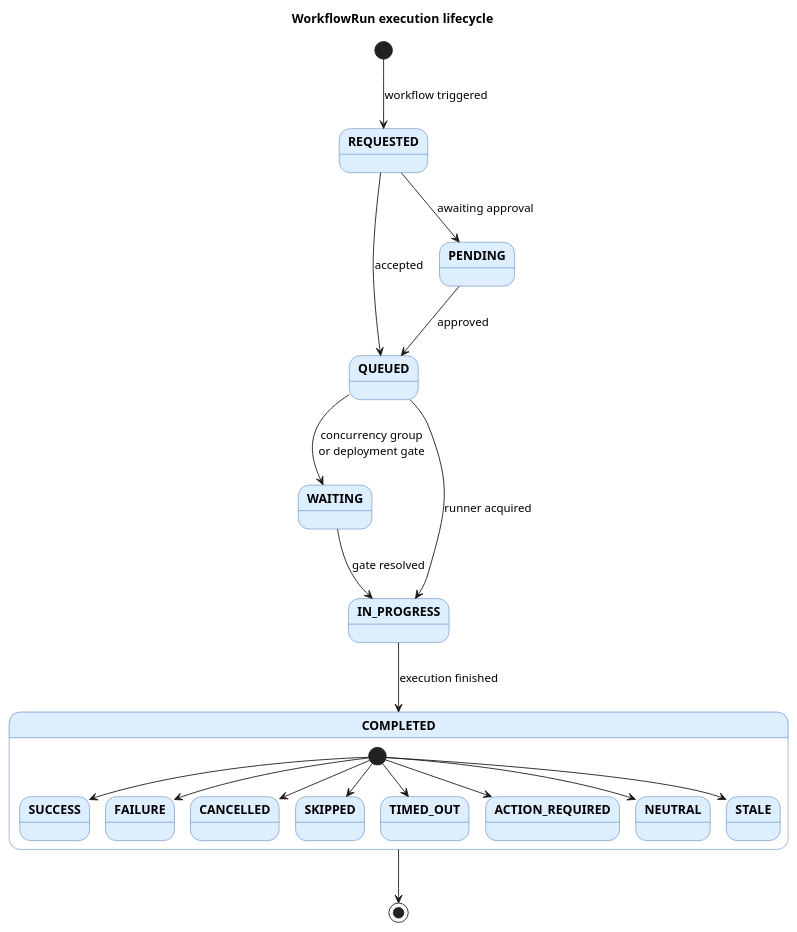
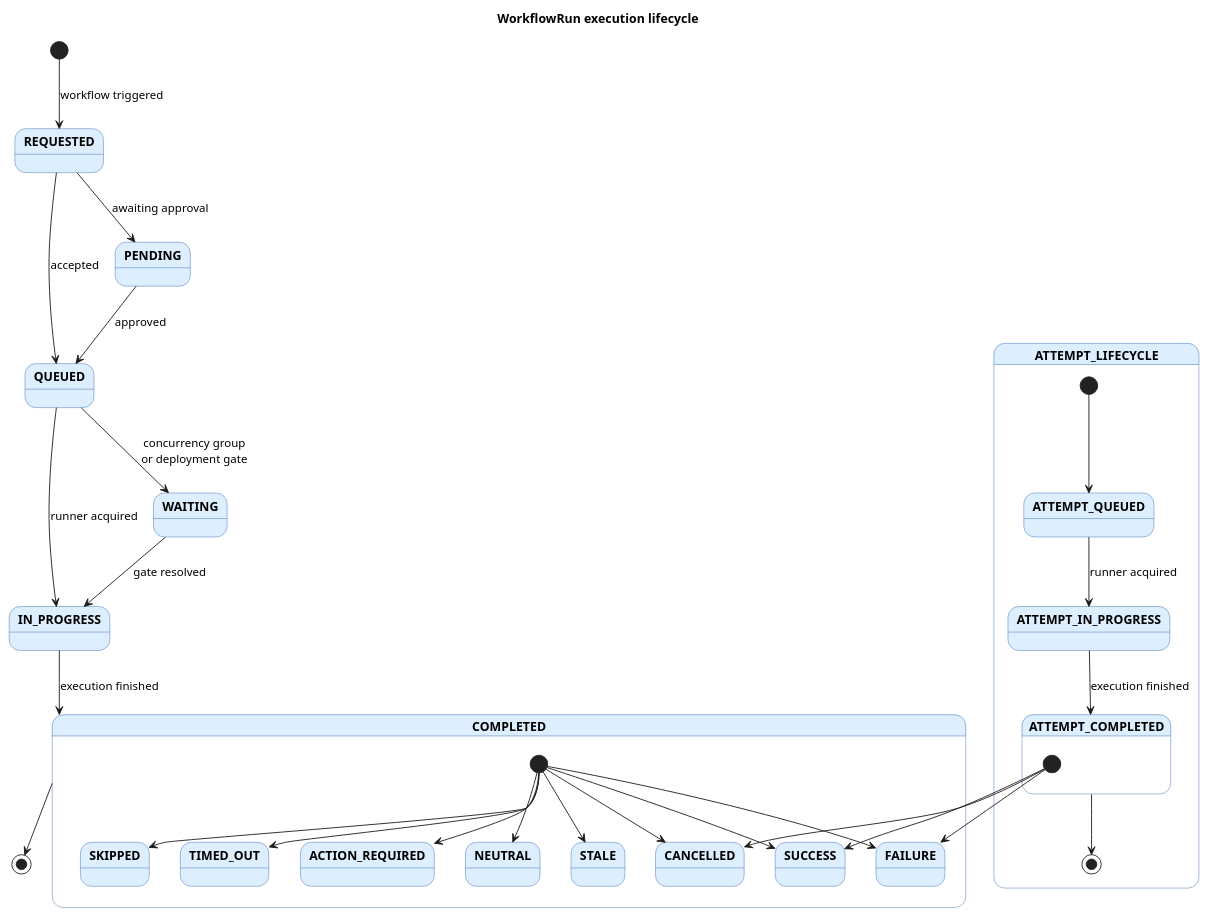
Before and after one commit to DanielRiha8906/Software_autoevolution_using_agents: the diagram in experiments/broadcast/user_stories/github-workflow-manager/artifacts/state_diagram_workflow_execution.puml, drawn with PlantUML. The commit also changed 1 other file, not shown here.

Commit message:
task 03: Update diagrams to reflect WorkflowRunAttempt model
- Updated component_diagram.puml: Added WorkflowRunAttempt component to Domain model package with relationship to WorkflowRun
- Updated state_diagram_workflow_execution.puml: Added ATTEMPT_LIFECYCLE composite state showing attempt-level state transitions
- Verified all other diagrams (class_diagram, state_diagram, activity diagrams, use case diagram) — no changes needed as they already correctly represent the model or don't need attempt-level detail yet

All PlantUML files validated and syntactically correct.

```diff
--- a/experiments/broadcast/user_stories/github-workflow-manager/artifacts/state_diagram_workflow_execution.puml
+++ b/experiments/broadcast/user_stories/github-workflow-manager/artifacts/state_diagram_workflow_execution.puml
@@ -1,38 +1,51 @@
 @startuml state_diagram_workflow_execution
 
 title WorkflowRun execution lifecycle
 
 skinparam state {
   BackgroundColor #DDEEFF
   BorderColor #3366AA
   FontStyle bold
 }
 
 [*] --> REQUESTED : workflow triggered
 
 REQUESTED --> QUEUED   : accepted
 REQUESTED --> PENDING  : awaiting approval
 
 PENDING   --> QUEUED   : approved
 
 QUEUED    --> WAITING    : concurrency group\nor deployment gate
 QUEUED    --> IN_PROGRESS : runner acquired
 
 WAITING   --> IN_PROGRESS : gate resolved
 
 state COMPLETED {
   [*] --> SUCCESS
   [*] --> FAILURE
   [*] --> CANCELLED
   [*] --> SKIPPED
   [*] --> TIMED_OUT
   [*] --> ACTION_REQUIRED
   [*] --> NEUTRAL
   [*] --> STALE
 }
 
 IN_PROGRESS --> COMPLETED : execution finished
 
+state ATTEMPT_LIFECYCLE {
+  [*] --> ATTEMPT_QUEUED
+  ATTEMPT_QUEUED --> ATTEMPT_IN_PROGRESS : runner acquired
+  ATTEMPT_IN_PROGRESS --> ATTEMPT_COMPLETED : execution finished
+  ATTEMPT_COMPLETED --> [*]
+
+  state ATTEMPT_COMPLETED {
+    [*] --> SUCCESS
+    [*] --> FAILURE
+    [*] --> CANCELLED
+  }
+}
+
 COMPLETED --> [*]
 
 @enduml
```
